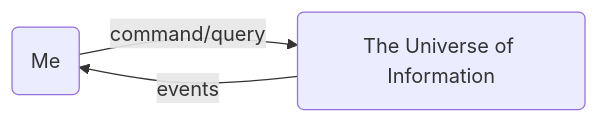
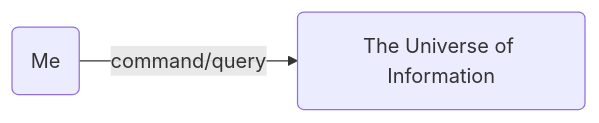
One commit to cowboyai/cim-start changed the third of 3 diagrams in readme.md. Above: the diagram before and after it, drawn with Mermaid. The commit also changed other lines of this file and 1 other file, not shown here.

````diff
--- a/readme.md
+++ b/readme.md
@@ -83,5 +93,4 @@
 ```mermaid
 graph LR
     Me(Me) -->|command/query| UOI(The Universe of Information)
-    UOI -->|events| Me
 ```
````
